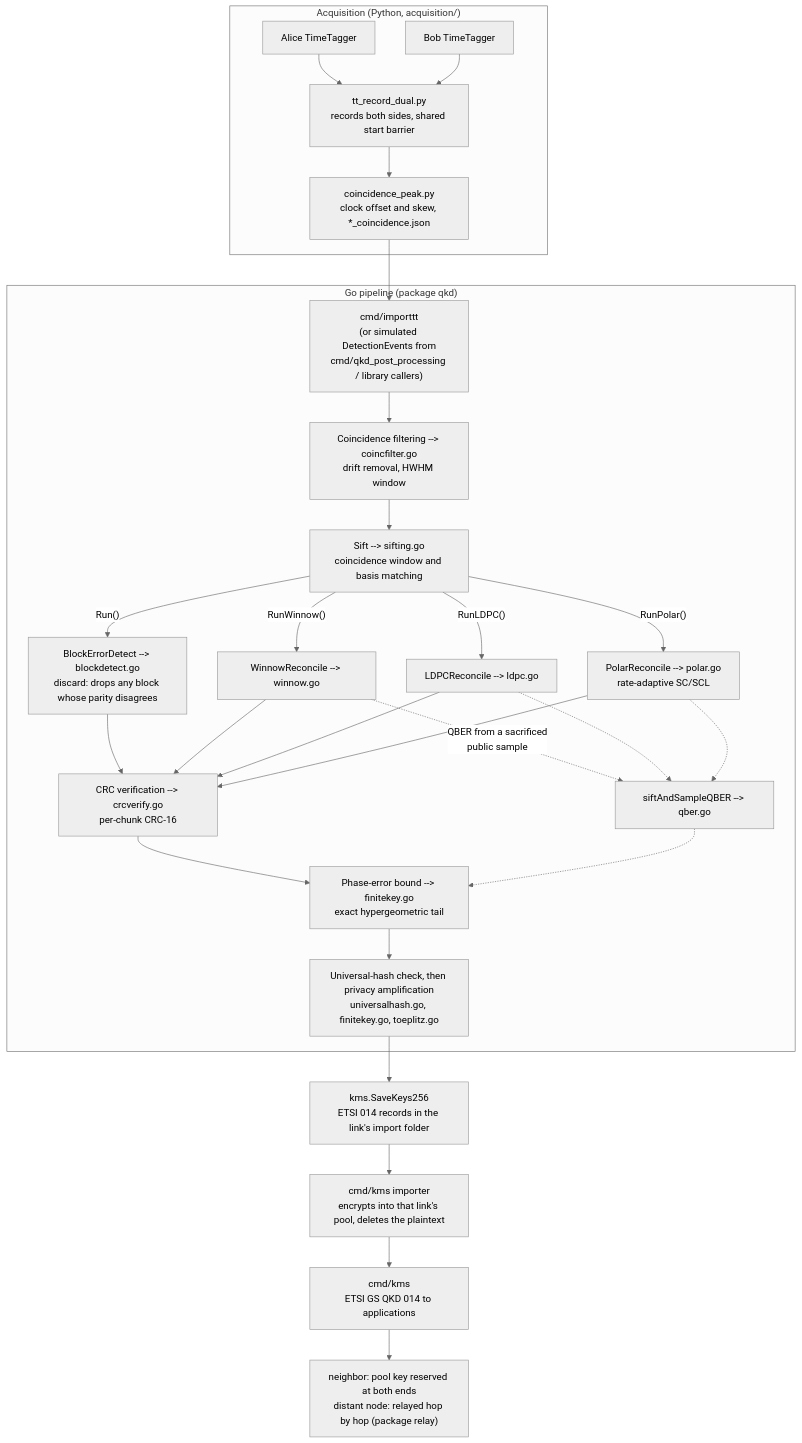
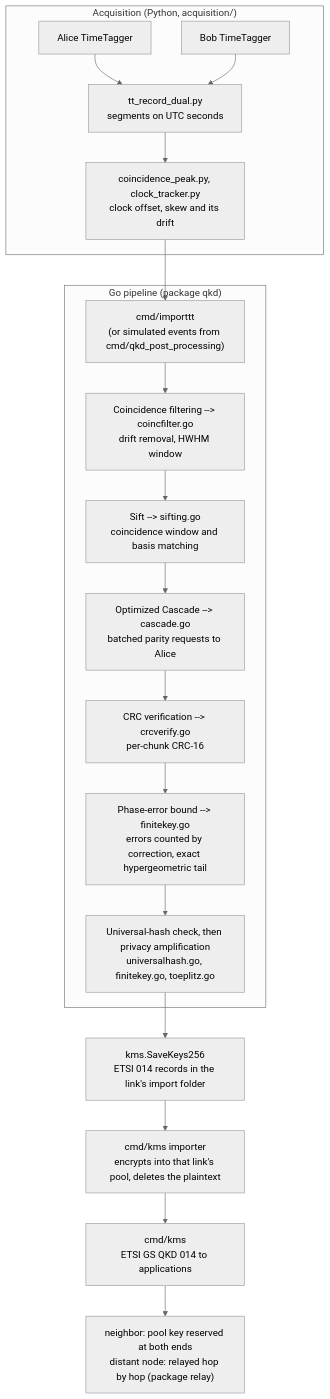
One commit to werefin/qkd_post_processing changed the first of 2 diagrams in doc/architecture.md. Above: the diagram before and after it, drawn with Mermaid (neutral theme). The commit also changed other lines of this file and 95 other files, not shown here.

Commit message:
Keep optimized Cascade only, plan each link's block length automatically, make continuous QKD production-only and fix the dashboard

````diff
--- a/doc/architecture.md
+++ b/doc/architecture.md
@@ -41,34 +39,24 @@
 ```mermaid
 flowchart TD
     subgraph ACQ["Acquisition (Python, acquisition/)"]
-        A1[Alice TimeTagger] --> A2["tt_record_dual.py<br/>records both sides, shared start barrier"]
+        A1[Alice TimeTagger] --> A2["tt_record_dual.py<br/>segments on UTC seconds"]
         B1[Bob TimeTagger] --> A2
-        A2 --> A3["coincidence_peak.py<br/>clock offset and skew, *_coincidence.json"]
+        A2 --> A3["coincidence_peak.py, clock_tracker.py<br/>clock offset, skew and its drift"]
     end
 
-    A3 --> P0["cmd/importtt<br/>(or simulated DetectionEvents from<br/>cmd/qkd_post_processing / library callers)"]
+    A3 --> P0["cmd/importtt<br/>(or simulated events from cmd/qkd_post_processing)"]
 
     subgraph PIPE["Go pipeline (package qkd)"]
         P0 --> PF["Coincidence filtering --> coincfilter.go<br/>drift removal, HWHM window"]
         PF --> P1["Sift --> sifting.go<br/>coincidence window and basis matching"]
-        P1 -- "Run()" --> P2A["BlockErrorDetect --> blockdetect.go<br/>discard: drops any block whose parity disagrees"]
-        P1 -- "RunWinnow()" --> P2B["WinnowReconcile --> winnow.go"]
-        P1 -- "RunLDPC()" --> P2C["LDPCReconcile --> ldpc.go"]
-        P1 -- "RunPolar()" --> P2D["PolarReconcile --> polar.go<br/>rate-adaptive SC/SCL"]
-        P2B -.->|"QBER from a sacrificed<br/>public sample"| Q0["siftAndSampleQBER --> qber.go"]
-        P2C -.-> Q0
-        P2D -.-> Q0
-        P2A --> P3["CRC verification --> crcverify.go<br/>per-chunk CRC-16"]
-        P2B --> P3
-        P2C --> P3
-        P2D --> P3
-        P3 --> P4["Phase-error bound --> finitekey.go<br/>exact hypergeometric tail"]
-        Q0 -.-> P4
+        P1 --> P2["Optimized Cascade --> cascade.go<br/>batched parity requests to Alice"]
+        P2 --> P3["CRC verification --> crcverify.go<br/>per-chunk CRC-16"]
+        P3 --> P4["Phase-error bound --> finitekey.go<br/>errors counted by correction, exact hypergeometric tail"]
         P4 --> P5["Universal-hash check, then privacy amplification<br/>universalhash.go, finitekey.go, toeplitz.go"]
     end
 
     P5 --> K1["kms.SaveKeys256<br/>ETSI 014 records in the link's import folder"]
     K1 --> K2["cmd/kms importer<br/>encrypts into that link's pool, deletes the plaintext"]
     K2 --> K3["cmd/kms<br/>ETSI GS QKD 014 to applications"]
     K3 --> K4["neighbor: pool key reserved at both ends<br/>distant node: relayed hop by hop (package relay)"]
 ```
````
